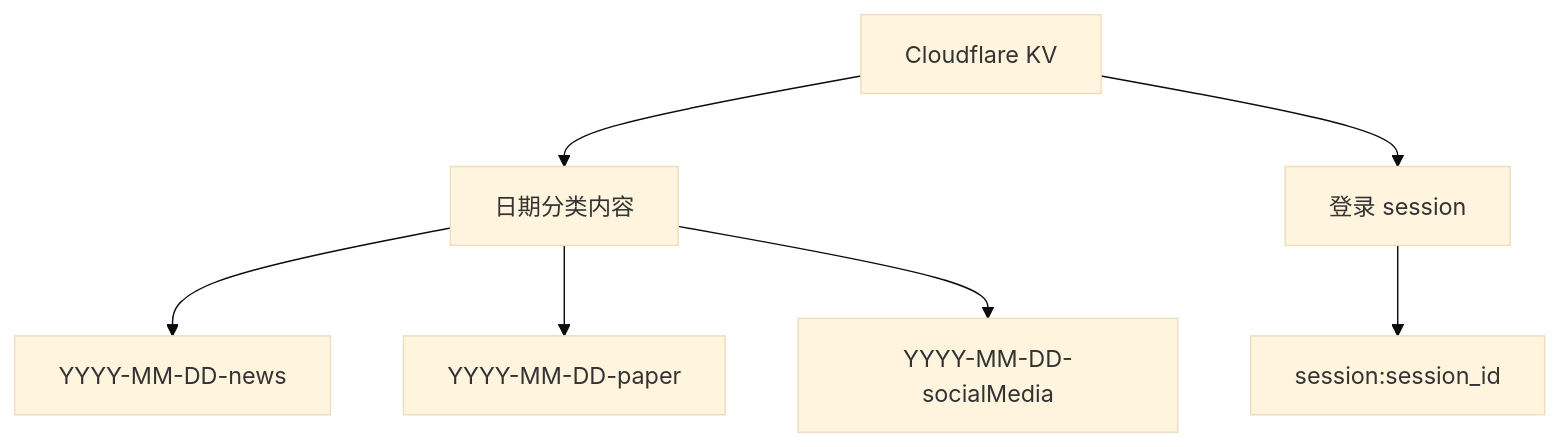
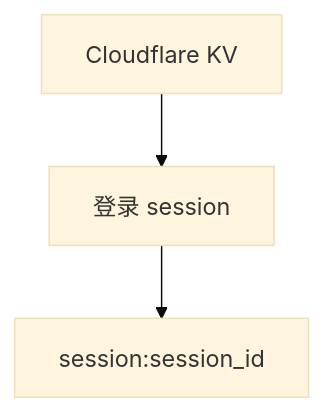
Before and after one commit to wenson/CloudFlare-AI-Insight-Daily: the first of 2 diagrams in docs/KV_KEYS.md, drawn with Mermaid (base theme). The commit also changed other lines of this file and 23 other files, not shown here.

````diff
--- a/docs/KV_KEYS.md
+++ b/docs/KV_KEYS.md
@@ -11,12 +11,6 @@
 ```mermaid
 flowchart TD
     A[Cloudflare KV]
-    A --> B[日期分类内容]
     A --> C[登录 session]
-
-    B --> B1[YYYY-MM-DD-news]
-    B --> B2[YYYY-MM-DD-paper]
-    B --> B3[YYYY-MM-DD-socialMedia]
-
     C --> C1[session:session_id]
 ```
````
